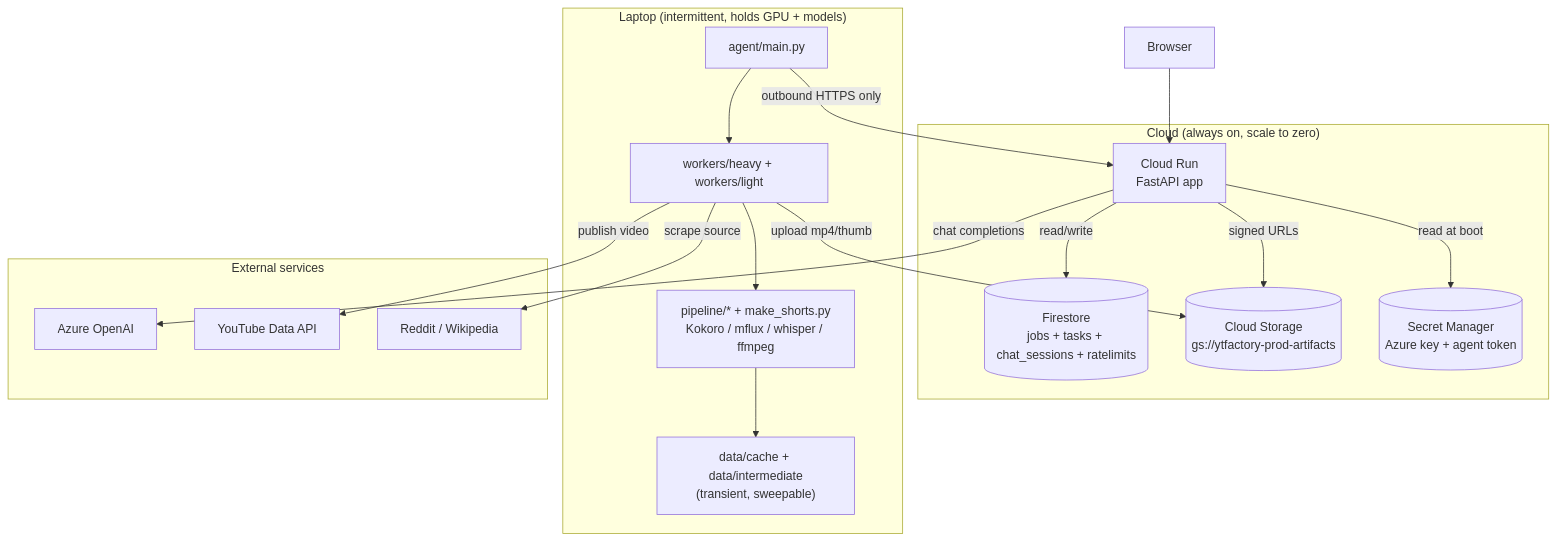
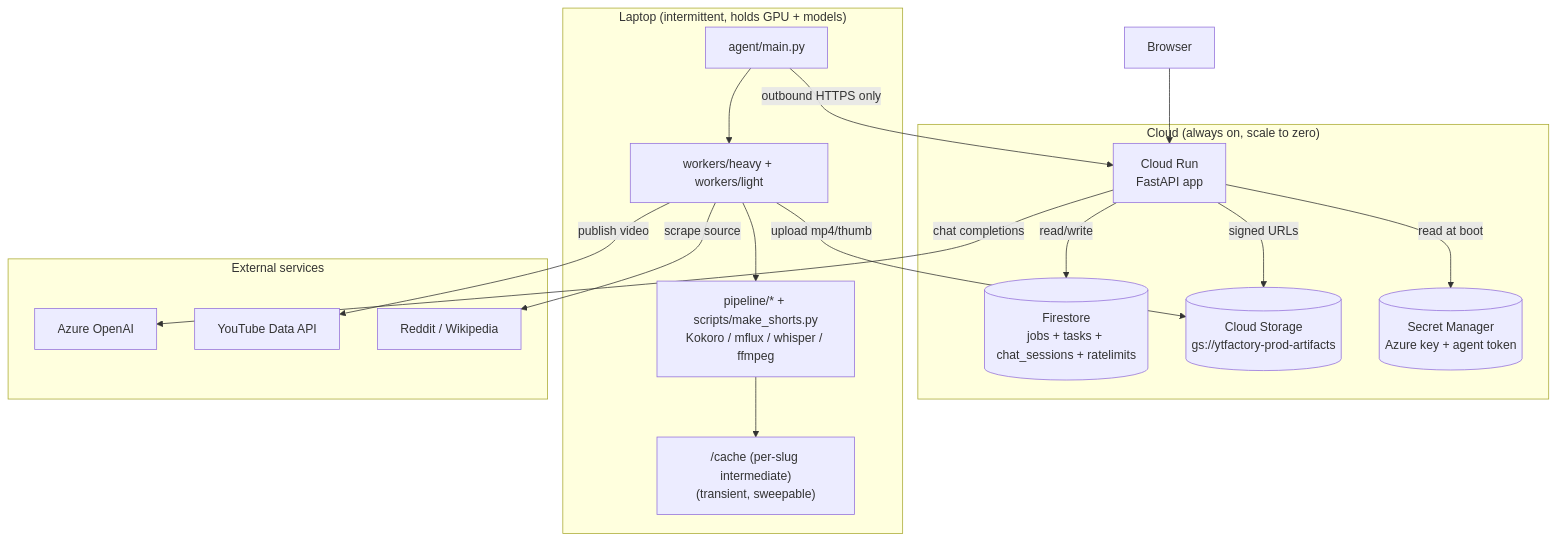
One commit to rohitsingh30/ytFactory changed the first of 10 diagrams in docs/data_flows.md. Above: the diagram before and after it, drawn with Mermaid. The commit also changed other lines of this file and 185 other files, not shown here.

````diff
--- a/docs/data_flows.md
+++ b/docs/data_flows.md
@@ -18,35 +18,35 @@
 ```mermaid
 graph TB
     subgraph Cloud["Cloud (always on, scale to zero)"]
         CR[Cloud Run<br/>FastAPI app]
         FS[(Firestore<br/>jobs + tasks + chat_sessions + ratelimits)]
         GCS[(Cloud Storage<br/>gs://ytfactory-prod-artifacts)]
         SM[(Secret Manager<br/>Azure key + agent token)]
     end
 
     subgraph Laptop["Laptop (intermittent, holds GPU + models)"]
         AG[agent/main.py]
         WORKERS[workers/heavy + workers/light]
-        PIPE[pipeline/* + make_shorts.py<br/>Kokoro / mflux / whisper / ffmpeg]
-        DISK["data/cache + data/intermediate<br/>(transient, sweepable)"]
+        PIPE[pipeline/* + scripts/make_shorts.py<br/>Kokoro / mflux / whisper / ffmpeg]
+        DISK["<channel>/cache (per-slug intermediate)<br/>(transient, sweepable)"]
     end
 
     subgraph External["External services"]
         AZ[Azure OpenAI]
         YT[YouTube Data API]
         REDDIT[Reddit / Wikipedia]
     end
 
     Browser --> CR
     CR -->|read/write| FS
     CR -->|signed URLs| GCS
     CR -->|chat completions| AZ
     AG -->|outbound HTTPS only| CR
     AG --> WORKERS
     WORKERS --> PIPE
     PIPE --> DISK
     WORKERS -->|upload mp4/thumb| GCS
     WORKERS -->|publish video| YT
     WORKERS -->|scrape source| REDDIT
     CR -->|read at boot| SM
 ```
````
